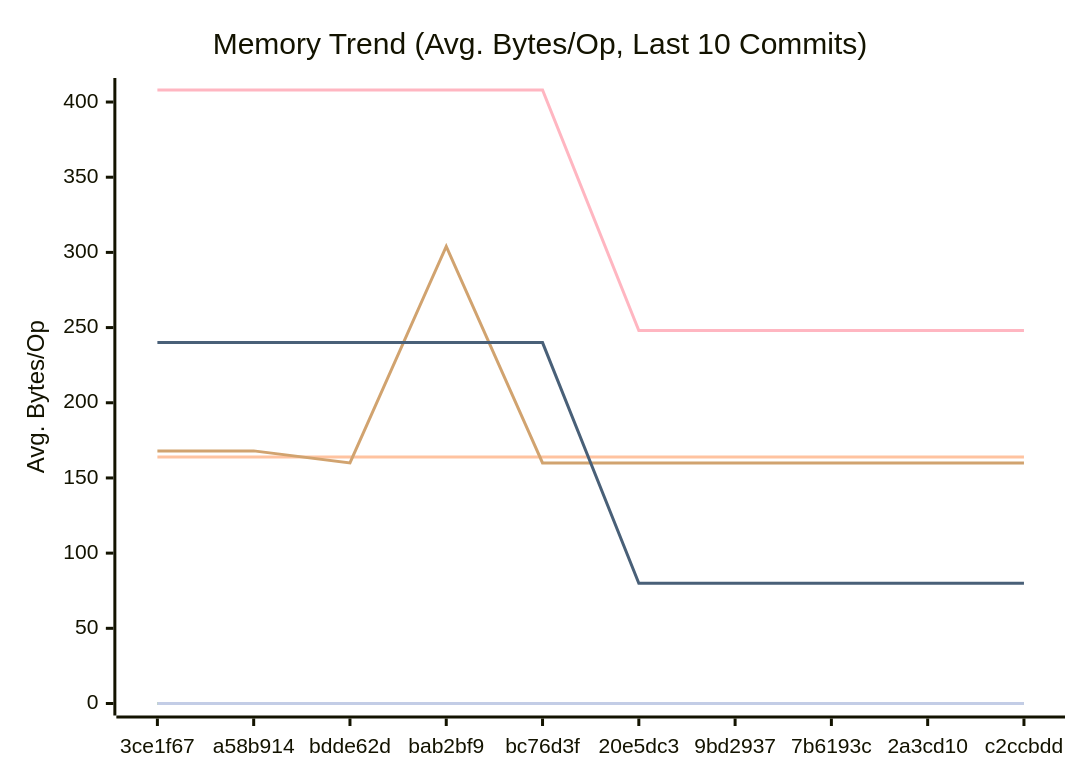
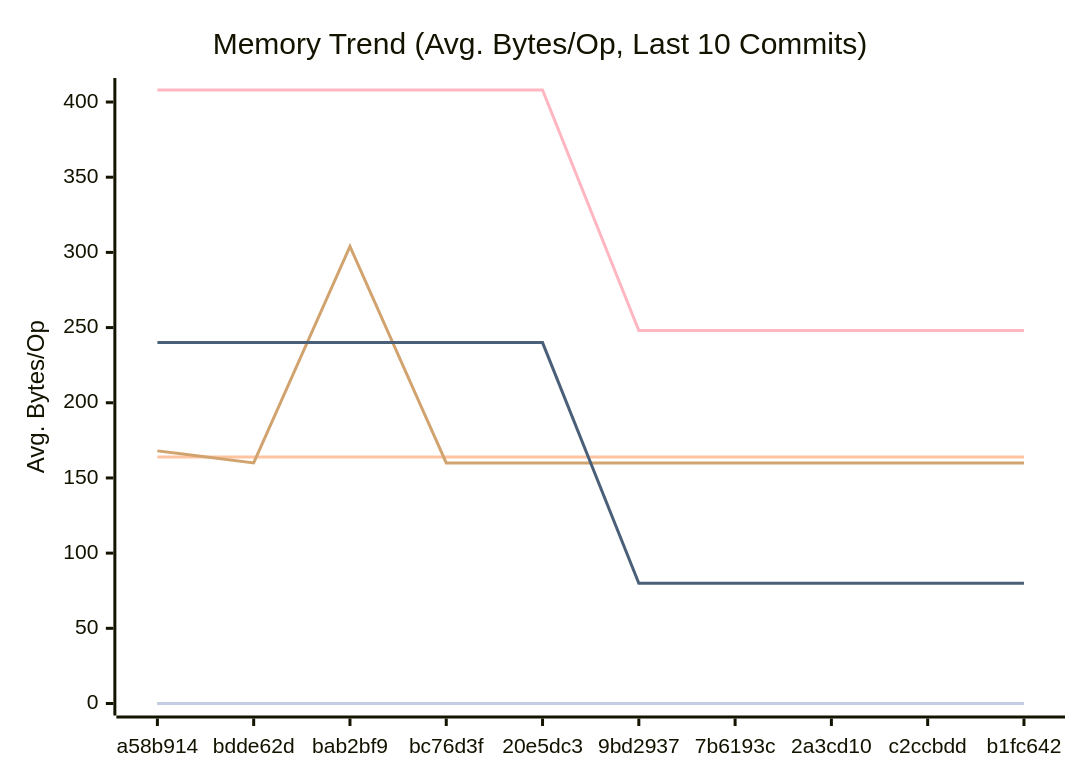
The second of 3 diagrams in docs/PERFORMANCE.md (alsotoes/momo), drawn with Mermaid before and after one commit. The commit also changed other lines of this file and 2 other files, not shown here.

````diff
--- a/docs/PERFORMANCE.md
+++ b/docs/PERFORMANCE.md
@@ -97,16 +97,16 @@
 ```mermaid
 xychart-beta
     title "Memory Trend (Avg. Bytes/Op, Last 10 Commits)"
     x-axis "Commit"
     y-axis "Avg. Bytes/Op"
-    x-axis [3ce1f67,a58b914,bdde62d,bab2bf9,bc76d3f,20e5dc3,9bd2937,7b6193c,2a3cd10,c2ccbdd]
+    x-axis [a58b914,bdde62d,bab2bf9,bc76d3f,20e5dc3,9bd2937,7b6193c,2a3cd10,c2ccbdd,b1fc642]
     line "CheckMetricsAndSwap" [0,0,0,0,0,0,0,0,0,0]
     line "CrushOptimized" [0,0,0,0,0,0,0,0,0,0]
     line "CrushOriginal" [164,164,164,164,164,164,164,164,164,164]
     line "IndexDirectTracking" [0,0,0,0,0,0,0,0,0,0]
     line "IndexSearch" [0,0,0,0,0,0,0,0,0,0]
-    line "LoadGlobalConfig" [168,168,160,304,160,160,160,160,160,160]
+    line "LoadGlobalConfig" [168,160,304,160,160,160,160,160,160,160]
     line "PadString" [0,0,0,0,0,0,0,0,0,0]
     line "ParseReplicationOrder_NoPrealloc" [408,408,408,408,408,248,248,248,248,248]
     line "ParseReplicationOrder_Prealloc" [240,240,240,240,240,80,80,80,80,80]
 ```
````
